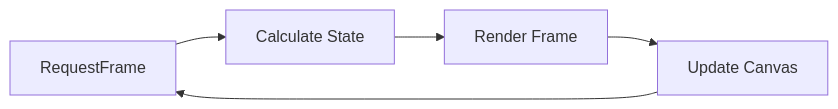
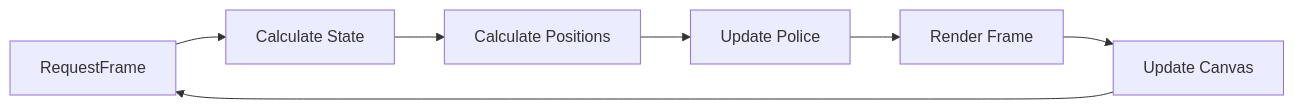
One commit to smoo7h/crash-game-graph changed the third of 3 diagrams in memory-bank/systemPatterns.md. Above: the diagram before and after it, drawn with Mermaid. The commit also changed other lines of this file and 8 other files, not shown here.

````diff
--- a/memory-bank/systemPatterns.md
+++ b/memory-bank/systemPatterns.md
@@ -43,7 +47,9 @@
 ```mermaid
 flowchart LR
     A[RequestFrame] --> B[Calculate State]
-    B --> C[Render Frame]
-    C --> D[Update Canvas]
-    D --> A
+    B --> C[Calculate Positions]
+    C --> D[Update Police]
+    D --> E[Render Frame]
+    E --> F[Update Canvas]
+    F --> A
 ```
````
